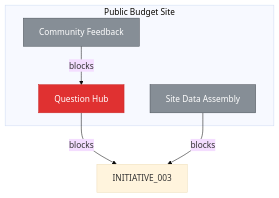
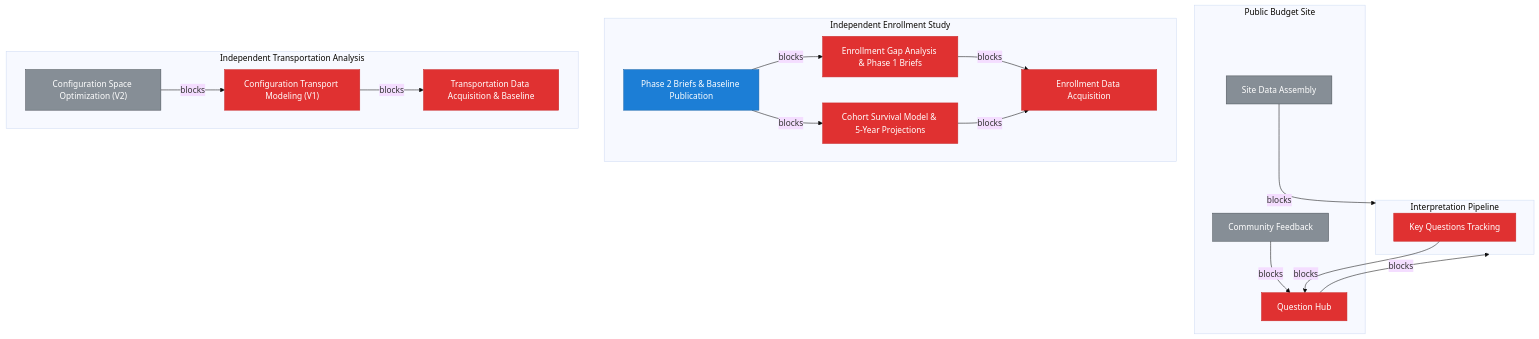
One commit to cristoslc/2026-south-portland-school-budget changed the second of 2 diagrams in ROADMAP.md. Above: the diagram before and after it, drawn with Mermaid (base theme). The commit also changed other lines of this file and 98 other files, not shown here.

First line of the commit message:
chore(swain): refresh skills, roadmap, and session metadata

````diff
--- a/ROADMAP.md
+++ b/ROADMAP.md
@@ -102,15 +131,36 @@
 ```mermaid
 flowchart TD
     classDef doFirst fill:#e03131,stroke:#c92a2a,color:#fff
     classDef scheduled fill:#f59f00,stroke:#e67700,color:#000
     classDef inProgress fill:#1c7ed6,stroke:#1864ab,color:#fff
     classDef backlog fill:#868e96,stroke:#495057,color:#fff
+    subgraph INITIATIVE_003["Interpretation Pipeline"]
+        EPIC_021["Key Questions Tracking"]:::doFirst
+    end
     subgraph INITIATIVE_004["Public Budget Site"]
         EPIC_017["Question Hub"]:::doFirst
         EPIC_018["Community Feedback"]:::backlog
         EPIC_019["Site Data Assembly"]:::backlog
     end
+    subgraph INITIATIVE_005["Independent Enrollment Study"]
+        EPIC_026["Enrollment Data Acquisition"]:::doFirst
+        EPIC_027["Enrollment Gap Analysis & Phase 1 Briefs"]:::doFirst
+        EPIC_028["Cohort Survival Model & 5-Year Projections"]:::doFirst
+        EPIC_029["Phase 2 Briefs & Baseline Publication"]:::inProgress
+    end
+    subgraph INITIATIVE_006["Independent Transportation Analysis"]
+        EPIC_030["Transportation Data Acquisition & Baseline"]:::doFirst
+        EPIC_031["Configuration Transport Modeling (V1)"]:::doFirst
+        EPIC_033["Configuration Space Optimization (V2)"]:::backlog
+    end
     EPIC_017 -->|blocks| INITIATIVE_003
     EPIC_018 -->|blocks| EPIC_017
     EPIC_019 -->|blocks| INITIATIVE_003
+    EPIC_021 -->|blocks| EPIC_017
+    EPIC_027 -->|blocks| EPIC_026
+    EPIC_028 -->|blocks| EPIC_026
+    EPIC_029 -->|blocks| EPIC_027
+    EPIC_029 -->|blocks| EPIC_028
+    EPIC_031 -->|blocks| EPIC_030
+    EPIC_033 -->|blocks| EPIC_031
 ```
````
